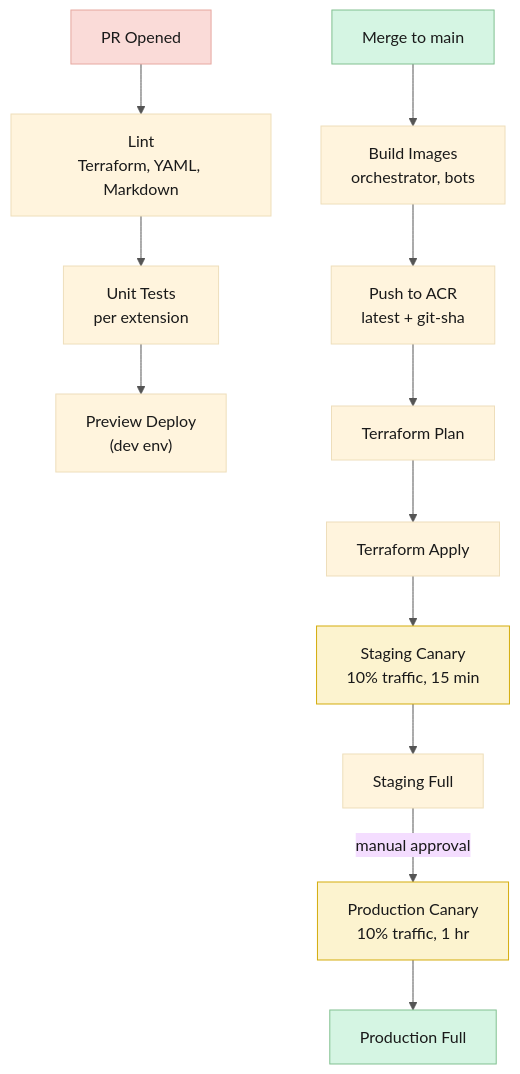
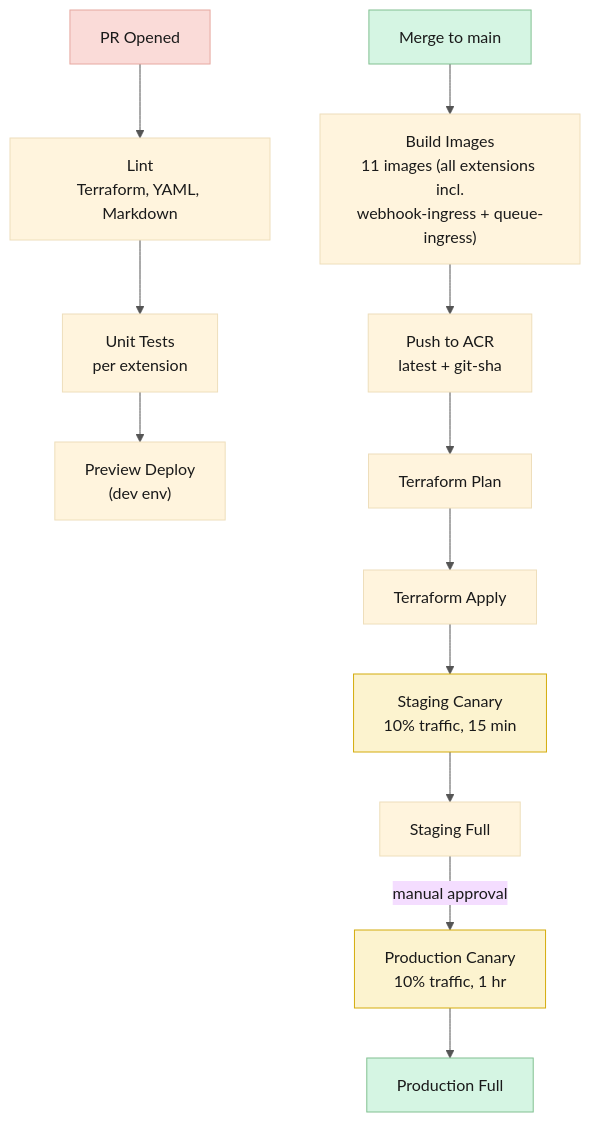
One commit to dr-pabs/managed-service-minions changed the sixth of 9 diagrams in docs/azure-architecture.md. Above: the diagram before and after it, drawn with Mermaid. The commit also changed other lines of this file and 20 other files, not shown here.

Commit message:
docs: reconcile architecture docs, READMEs, testing strategy, rules comments with the as-built Stream

````diff
--- a/docs/azure-architecture.md
+++ b/docs/azure-architecture.md
@@ -590,38 +595,38 @@
 ```mermaid
 %%{init: {'theme': 'base', 'themeVariables': { 'primaryTextColor': '#1a1a1a', 'lineColor': '#555'}}}%%
 flowchart TB
     pr_open["PR Opened"]
     lint["Lint\nTerraform, YAML, Markdown"]
     unit_test["Unit Tests\nper extension"]
     preview["Preview Deploy\n(dev env)"]
     
     merge["Merge to main"]
-    build["Build Images\norchestrator, bots"]
+    build["Build Images\n11 images (all extensions incl.\nwebhook-ingress + queue-ingress)"]
     push["Push to ACR\nlatest + git-sha"]
     infra_plan["Terraform Plan"]
     infra_apply["Terraform Apply"]
     
     staging_canary["Staging Canary\n10% traffic, 15 min"]
     staging_full["Staging Full"]
     prod_canary["Production Canary\n10% traffic, 1 hr"]
     prod_full["Production Full"]
     
     pr_open --> lint
     lint --> unit_test
     unit_test --> preview
     
     merge --> build
     build --> push
     push --> infra_plan
     infra_plan --> infra_apply
     infra_apply --> staging_canary
     staging_canary --> staging_full
     staging_full -->|"manual approval"| prod_canary
     prod_canary --> prod_full
     
     style pr_open fill:#fadbd8,stroke:#e6a8a0,color:#1a1a1a
     style merge fill:#d5f5e3,stroke:#82c091,color:#1a1a1a
     style prod_full fill:#d5f5e3,stroke:#82c091,color:#1a1a1a
     style staging_canary fill:#fcf3cf,stroke:#d4ac0d,color:#1a1a1a
     style prod_canary fill:#fcf3cf,stroke:#d4ac0d,color:#1a1a1a
 ```
````
